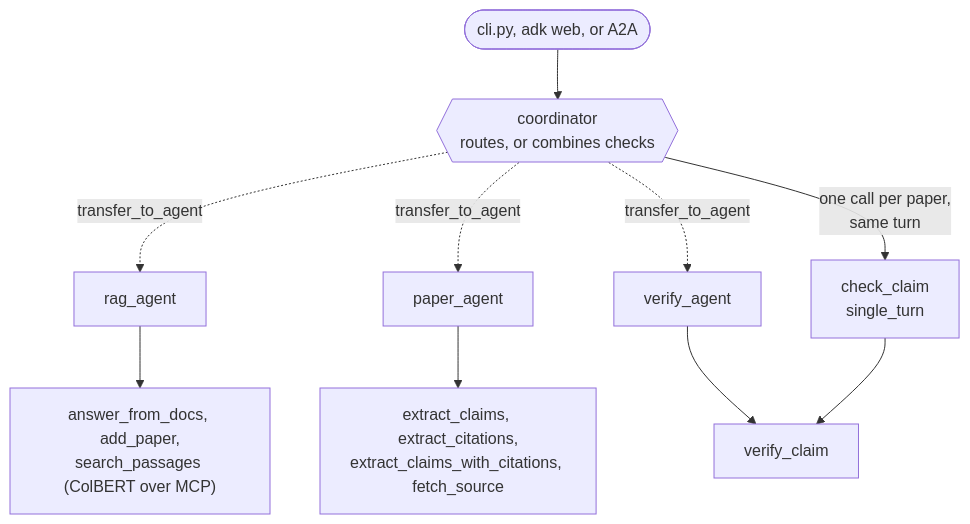
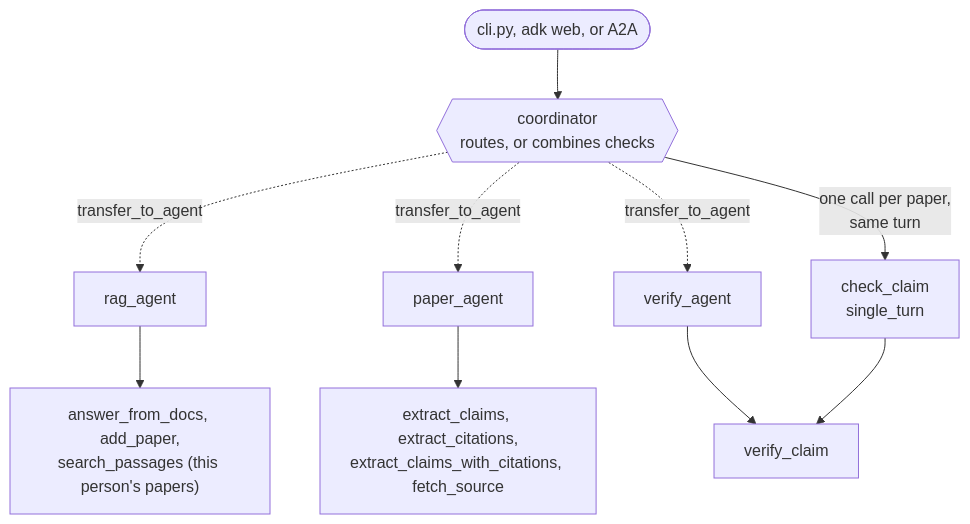
The third of 5 diagrams in ARCHITECTURE.md (ZenithGeeks/SecretSource-prototype), drawn with Mermaid before and after one commit. The commit also changed other lines of this file and 15 other files, not shown here.

````diff
--- a/ARCHITECTURE.md
+++ b/ARCHITECTURE.md
@@ -242,12 +242,12 @@
 ```mermaid
 flowchart TD
     U(["cli.py, adk web, or A2A"]) --> C{{"coordinator<br/>routes, or combines checks"}}
     C -.->|"transfer_to_agent"| RA["rag_agent"]
     C -.->|"transfer_to_agent"| PA["paper_agent"]
     C -.->|"transfer_to_agent"| VA["verify_agent"]
     C -->|"one call per paper,<br/>same turn"| CC["check_claim<br/>single_turn"]
-    RA --> RT["answer_from_docs, add_paper,<br/>search_passages (ColBERT over MCP)"]
+    RA --> RT["answer_from_docs, add_paper,<br/>search_passages (this person's papers)"]
     PA --> PT["extract_claims, extract_citations,<br/>extract_claims_with_citations, fetch_source"]
     VA --> VT["verify_claim"]
     CC --> VT
 ```
````
